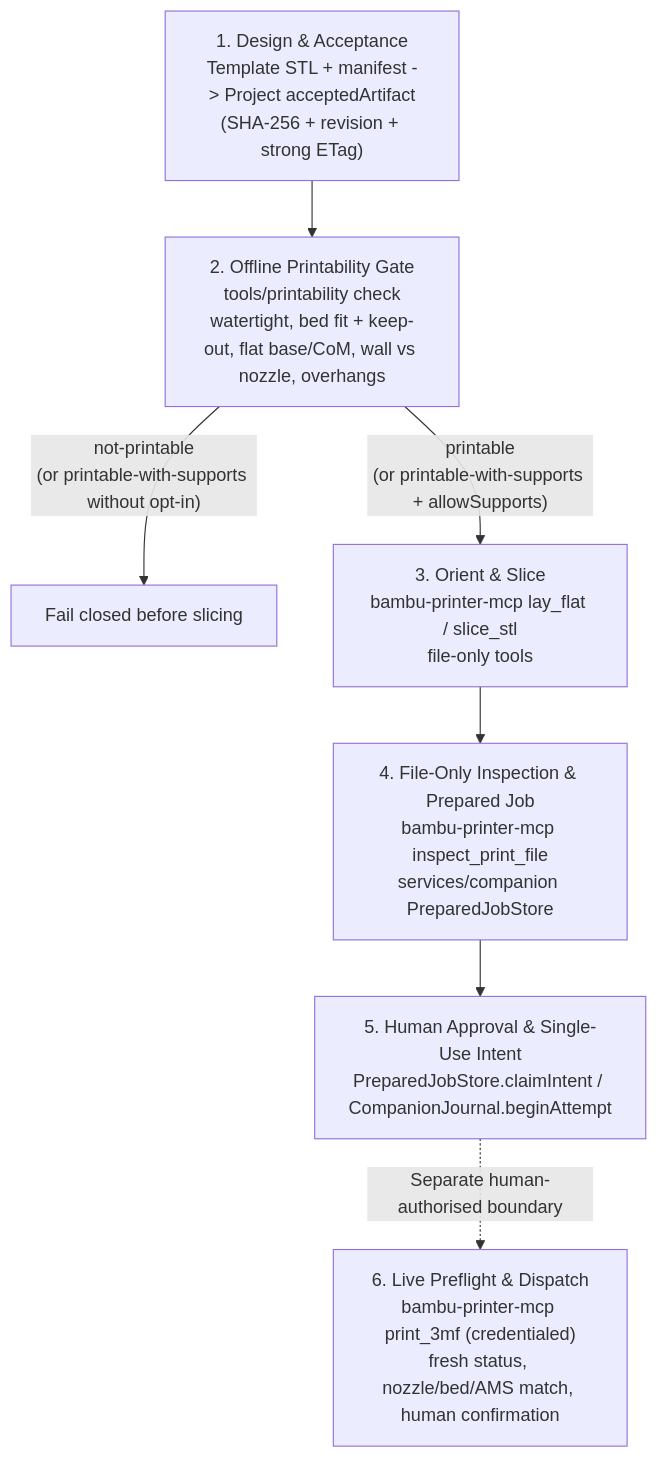
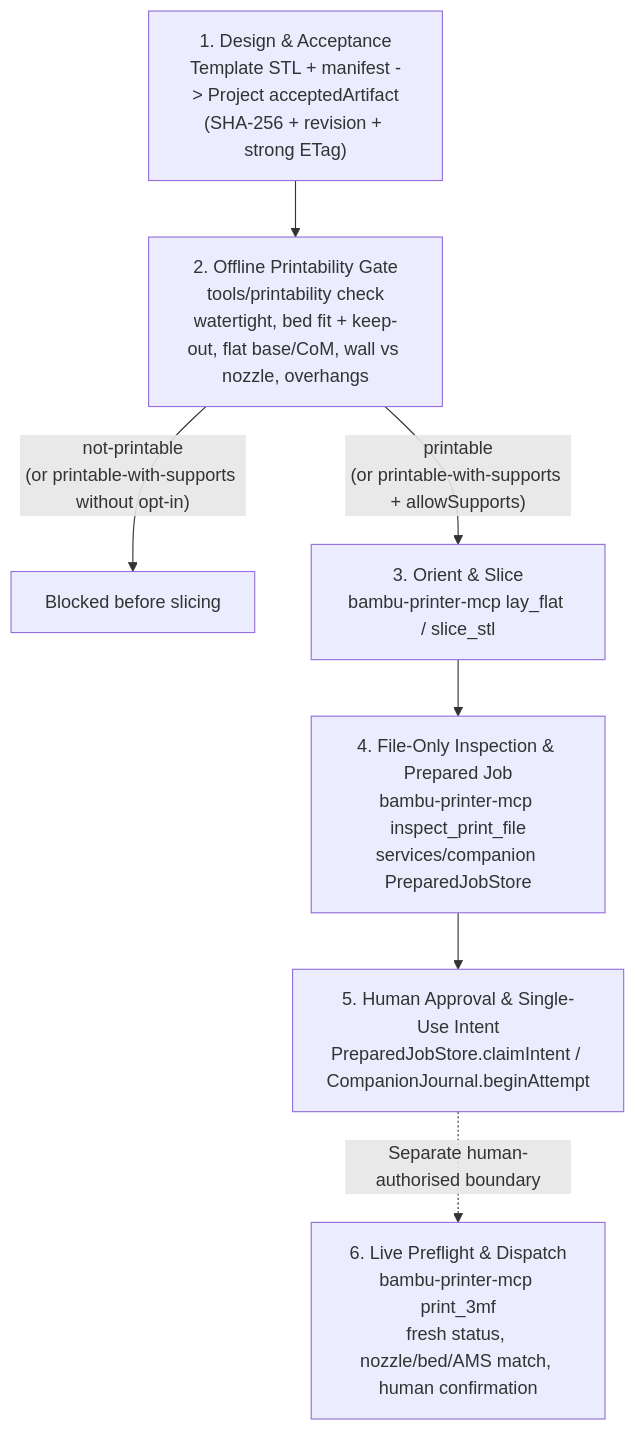
One commit to DMontgomery40/scan-to-make changed the diagram in docs/print-path.md. Above: the diagram before and after it, drawn with Mermaid. The commit also changed other lines of this file and 2 other files, not shown here.

````diff
--- a/docs/print-path.md
+++ b/docs/print-path.md
@@ -13,9 +13,9 @@
 ```mermaid
 flowchart TD
   A["1. Design & Acceptance\nTemplate STL + manifest -> Project acceptedArtifact\n(SHA-256 + revision + strong ETag)"] --> B["2. Offline Printability Gate\ntools/printability check\nwatertight, bed fit + keep-out, flat base/CoM, wall vs nozzle, overhangs"]
-  B -- "not-printable\n(or printable-with-supports without opt-in)" --> X["Fail closed before slicing"]
-  B -- "printable\n(or printable-with-supports + allowSupports)" --> C["3. Orient & Slice\nbambu-printer-mcp lay_flat / slice_stl\nfile-only tools"]
+  B -- "not-printable\n(or printable-with-supports without opt-in)" --> X["Blocked before slicing"]
+  B -- "printable\n(or printable-with-supports + allowSupports)" --> C["3. Orient & Slice\nbambu-printer-mcp lay_flat / slice_stl"]
   C --> D["4. File-Only Inspection & Prepared Job\nbambu-printer-mcp inspect_print_file\nservices/companion PreparedJobStore"]
   D --> E["5. Human Approval & Single-Use Intent\nPreparedJobStore.claimIntent / CompanionJournal.beginAttempt"]
-  E -. "Separate human-authorised boundary" .-> F["6. Live Preflight & Dispatch\nbambu-printer-mcp print_3mf (credentialed)\nfresh status, nozzle/bed/AMS match, human confirmation"]
+  E -. "Separate human-authorised boundary" .-> F["6. Live Preflight & Dispatch\nbambu-printer-mcp print_3mf\nfresh status, nozzle/bed/AMS match, human confirmation"]
 ```
````
